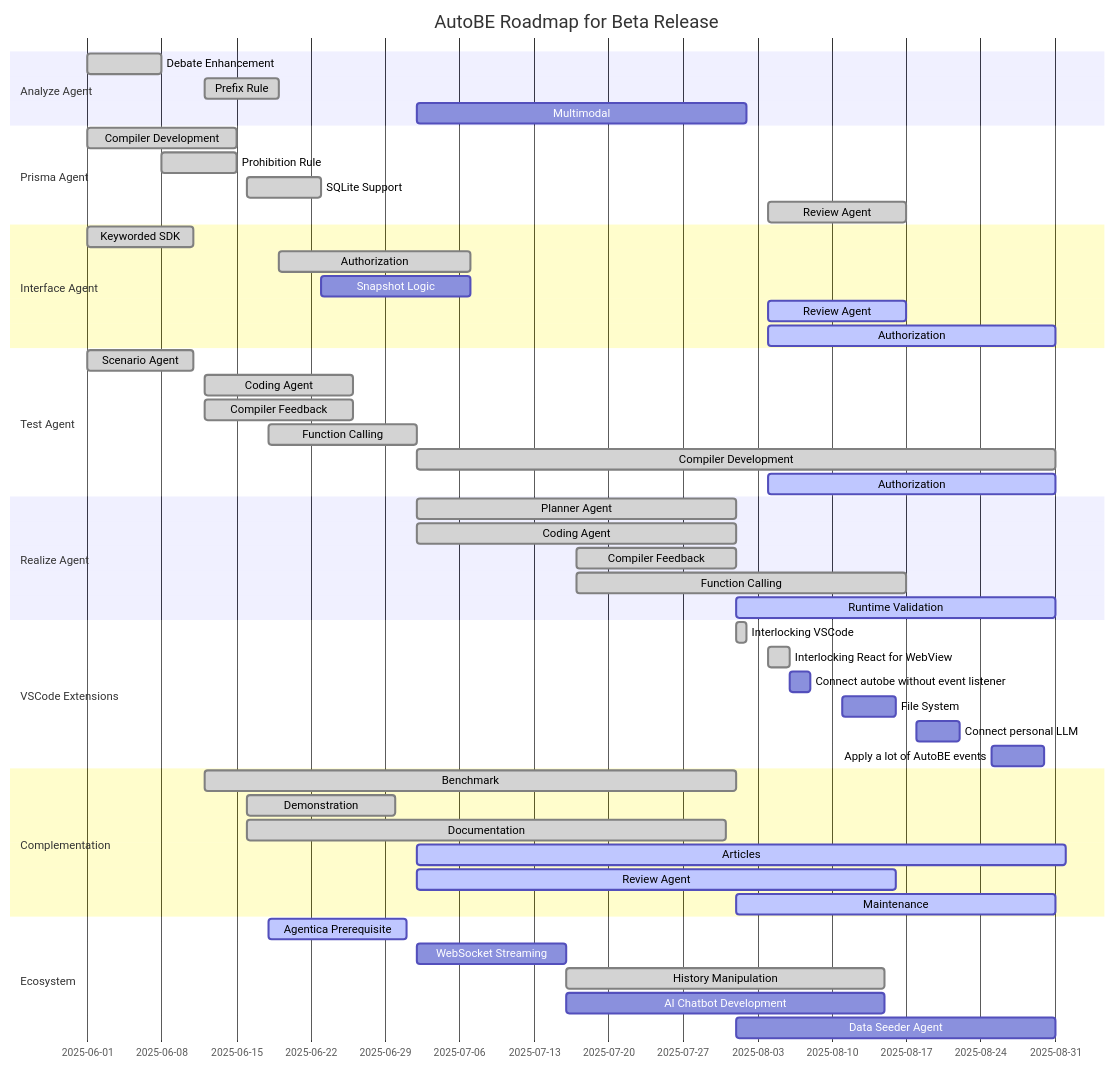
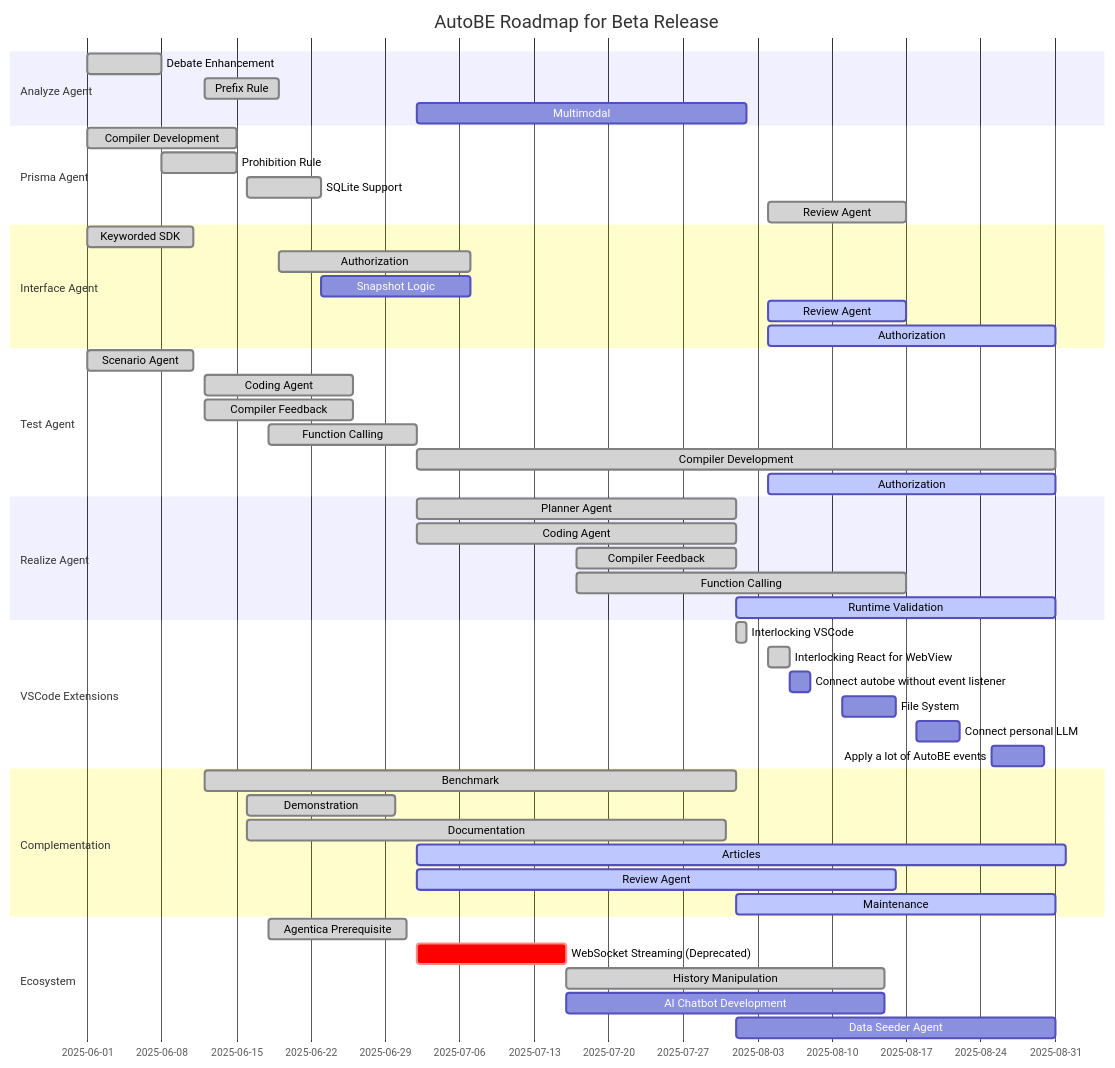
One commit to wrtnlabs/autobe changed the second of 2 diagrams in README.md. Above: the diagram before and after it, drawn with Mermaid. The commit also changed 4 other files, not shown here.

````diff
--- a/README.md
+++ b/README.md
@@ -181,61 +181,61 @@
 ```mermaid
 gantt
   dateFormat YYYY-MM-DD
   title AutoBE Roadmap for Beta Release
 
   section Analyze Agent
   Debate Enhancement: done,    2025-06-01,  7d
   Prefix Rule:        done,    2025-06-12,  7d
   Multimodal:         planned, 2025-07-02, 31d
 
   section Prisma Agent
   Compiler Development: done, 2025-06-01, 14d
   Prohibition Rule:     done, 2025-06-08,  7d
   SQLite Support:       done, 2025-06-16,  7d
   Review Agent:         done, 2025-08-04, 13d
 
   section Interface Agent
   Keyworded SDK:     done,    2025-06-01, 10d
   Authorization:     done,    2025-06-19, 18d
   Snapshot Logic:    planned, 2025-06-23, 14d
   Review Agent:      active,  2025-08-04, 13d
   Authorization:     active,  2025-08-04, 27d
 
   section Test Agent
   Scenario Agent:         done, 2025-06-01, 10d        
   Coding Agent:           done, 2025-06-12, 14d
   Compiler Feedback:      done, 2025-06-12, 14d
   Function Calling:       done, 2025-06-18, 14d
   Compiler Development:   done, 2025-07-02, 60d
   Authorization:        active, 2025-08-04, 27d
 
   section Realize Agent
   Planner Agent:          done, 2025-07-02, 30d
   Coding Agent:           done, 2025-07-02, 30d
   Compiler Feedback:      done, 2025-07-17, 15d
   Function Calling:       done, 2025-07-17, 31d
   Runtime Validation:   active, 2025-08-01, 30d
 
   section VSCode Extensions
   Interlocking VSCode:                      done, 2025-08-01, 1d
   Interlocking React for WebView:           done, 2025-08-04, 2d
   Connect autobe without event listener: planned, 2025-08-06, 2d
   File System:                           planned, 2025-08-11, 5d
   Connect personal LLM:                  planned, 2025-08-18, 4d
   Apply a lot of AutoBE events:          planned, 2025-08-25, 5d 
 
   section Complementation
   Benchmark:     done,   2025-06-12, 50d
   Demonstration: done,   2025-06-16, 14d
   Documentation: done,   2025-06-16, 45d
   Articles:      active, 2025-07-02, 61d
   Review Agent:  active, 2025-07-02, 45d
   Maintenance:   active, 2025-08-01, 30d
 
   section Ecosystem
-  Agentica Prerequisite:  active,  2025-06-18, 13d
-  WebSocket Streaming:    planned, 2025-07-02, 14d
-  History Manipulation:   done,    2025-07-16, 30d
-  AI Chatbot Development: planned, 2025-07-16, 30d
-  Data Seeder Agent:      planned, 2025-08-01, 30d
+  Agentica Prerequisite:            done,    2025-06-18, 13d
+  WebSocket Streaming (Deprecated): crit,    2025-07-02, 14d
+  History Manipulation:             done,    2025-07-16, 30d
+  AI Chatbot Development:           planned, 2025-07-16, 30d
+  Data Seeder Agent:                planned, 2025-08-01, 30d
 ```
````
